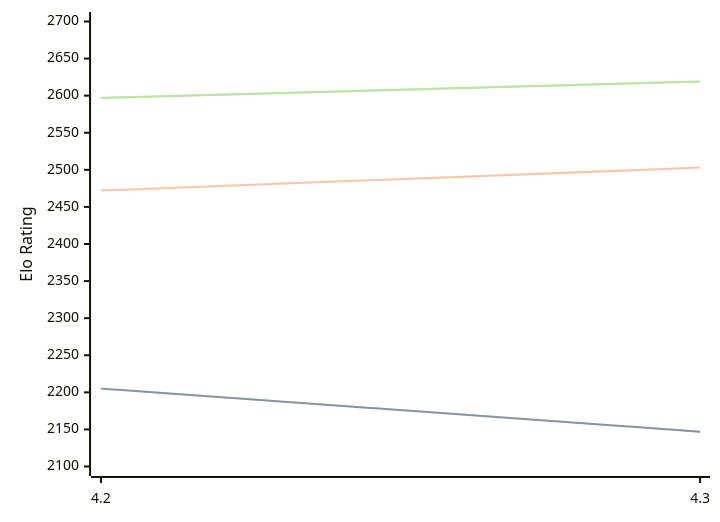
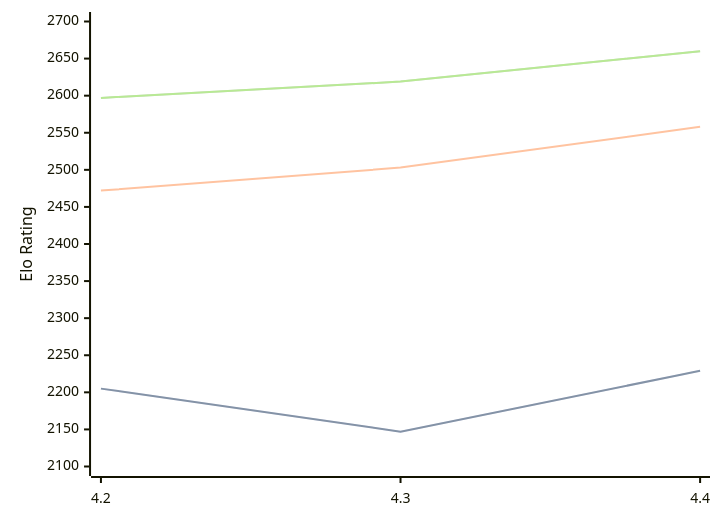
Before and after one commit to computer-chess-index/cci: the diagram in engines/Eubos.md, drawn with Mermaid. The commit also changed other lines of this file, not shown here.

Commit message:
Update CCI Ratings (ELO VLTC) - 2026-05-08

````diff
--- a/engines/Eubos.md
+++ b/engines/Eubos.md
@@ -89,11 +89,11 @@
 ```mermaid
 %%{init: {"theme":"base","themeVariables":{"seriesColors:['#a3a3a3','#222221','#faa371']}}}%%
 xychart-beta
-  x-axis ["4.2", "4.3"]
+  x-axis ["4.2", "4.3", "4.4"]
   y-axis "Elo Rating" 2100 --> 2700
-  line "STC (8.0+0.08s)" [2205, 2147]
-  line "STC (8.0+0.08s)" [2205, 2147]
-  line "LTC (60.0+0.60s)" [2472, 2503]
-  line "VLTC (2m24s+1.12s)" [2597, 2619]
-  line "VLTC (2m24s+1.12s)" [2597, 2619]
+  line "STC (8.0+0.08s)" [2205, 2147, 2229]
+  line "STC (8.0+0.08s)" [2205, 2147, 2229]
+  line "LTC (60.0+0.60s)" [2472, 2503, 2558]
+  line "VLTC (2m24s+1.12s)" [2597, 2619, 2660]
+  line "VLTC (2m24s+1.12s)" [2597, 2619, 2660]
 ```
````
